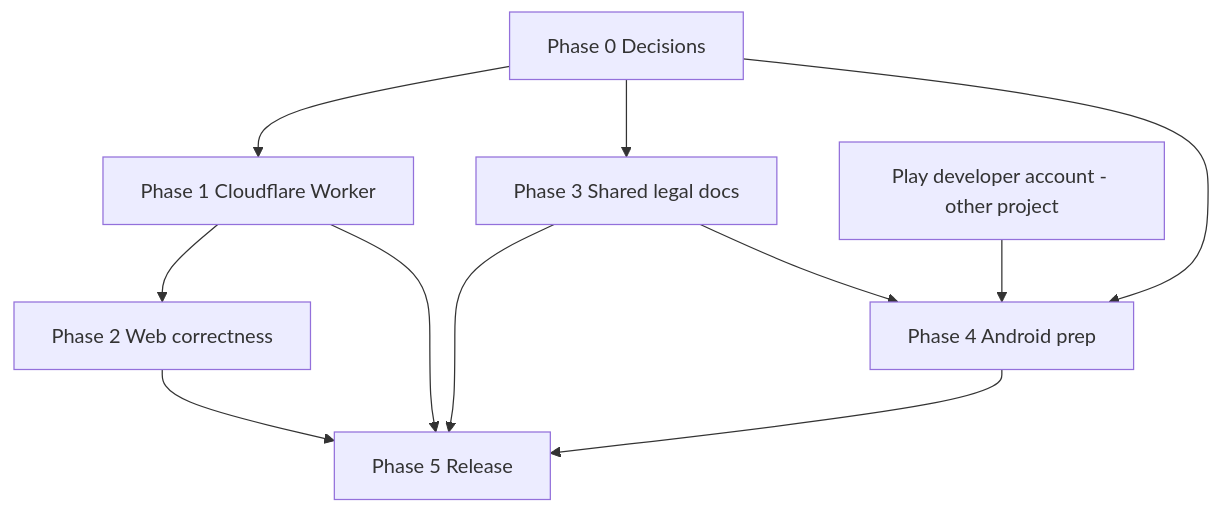
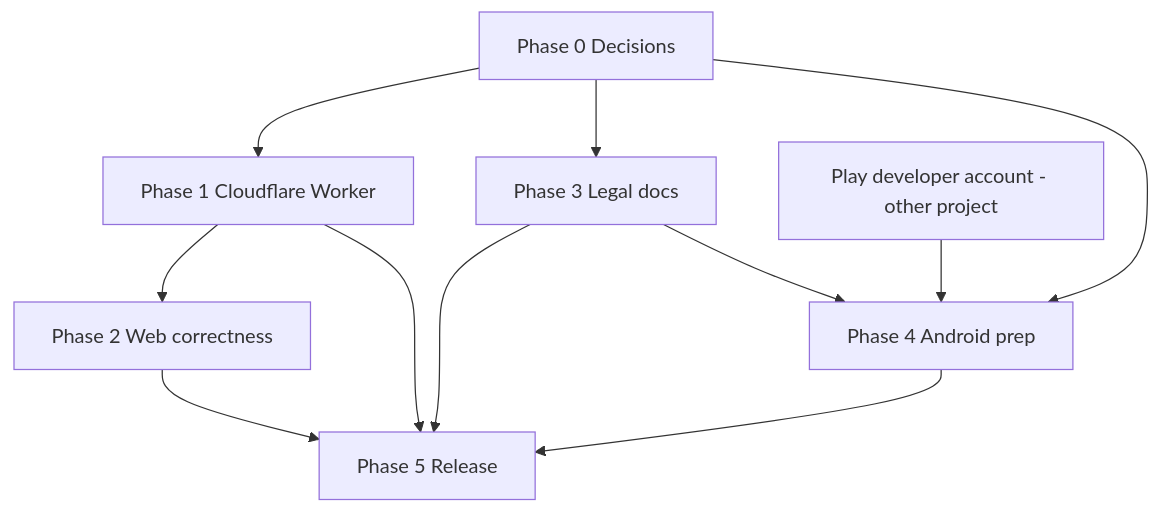
One commit to Xegster/XegQR changed the diagram in docs/RELEASE-ROADMAP.md. Above: the diagram before and after it, drawn with Mermaid. The commit also changed other lines of this file and 7 other files, not shown here.

````diff
--- a/docs/RELEASE-ROADMAP.md
+++ b/docs/RELEASE-ROADMAP.md
@@ -172,13 +186,13 @@
 ```mermaid
 flowchart TB
   P0[Phase 0 Decisions] --> P1[Phase 1 Cloudflare Worker]
-  P0 --> P3[Phase 3 Shared legal docs]
+  P0 --> P3[Phase 3 Legal docs]
   P0 --> P4[Phase 4 Android prep]
   P1 --> P2[Phase 2 Web correctness]
   P1 --> P5[Phase 5 Release]
   P2 --> P5
   P3 --> P5
   P4 --> P5
   P3 --> P4
   PLAY[Play developer account - other project] --> P4
 ```
````
